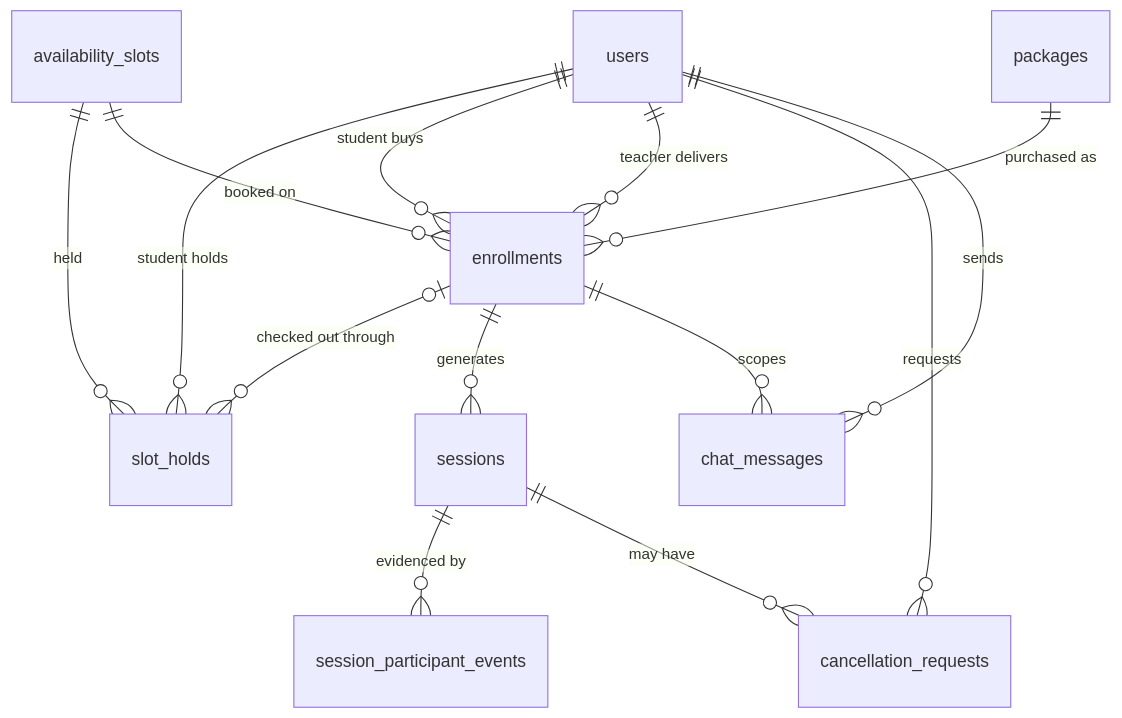
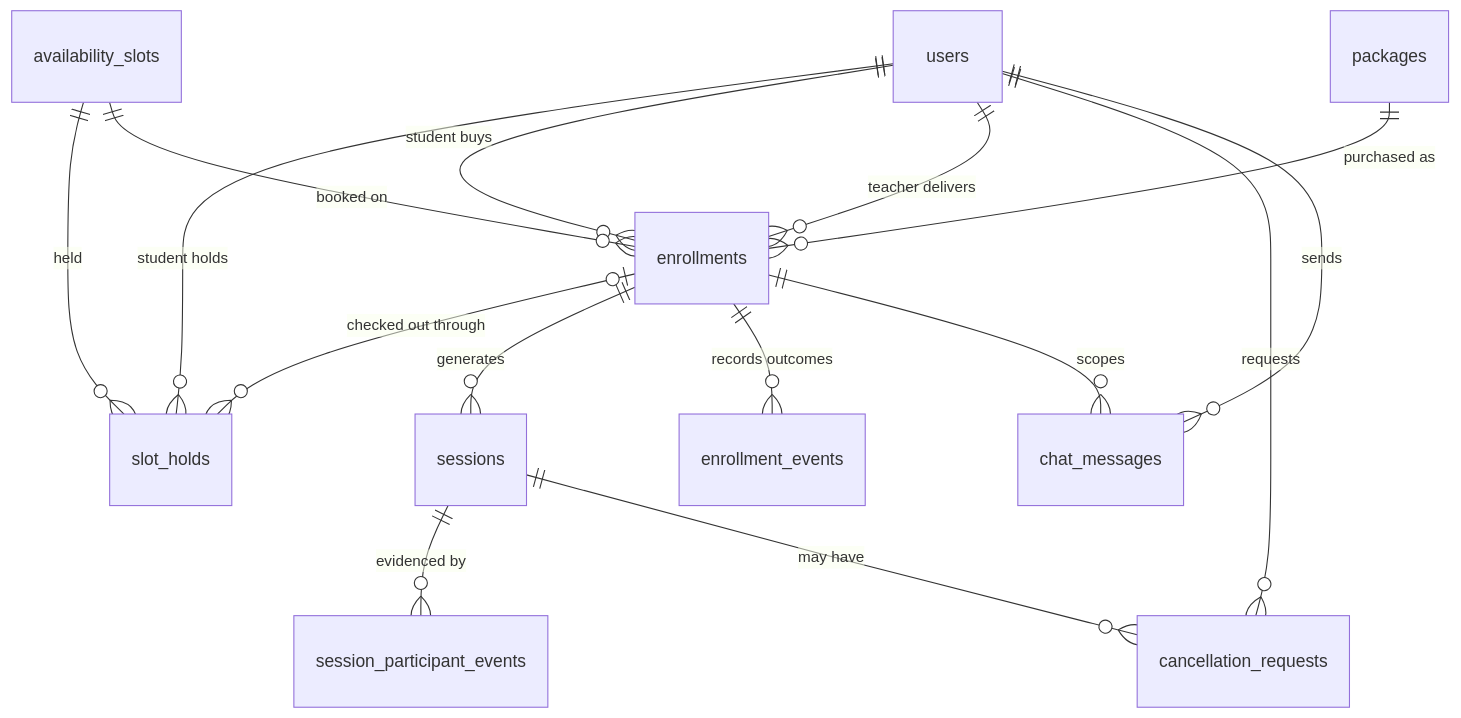
The second of 4 diagrams in docs/ERD.md (SaifElsayed/Ejazah), drawn with Mermaid before and after one commit. The commit also changed other lines of this file and 25 other files, not shown here.

````diff
--- a/docs/ERD.md
+++ b/docs/ERD.md
@@ -748,16 +769,17 @@
 ```mermaid
 erDiagram
     users ||--o{ slot_holds : "student holds"
     availability_slots ||--o{ slot_holds : "held"
     enrollments |o--o{ slot_holds : "checked out through"
     users ||--o{ enrollments : "student buys"
     users ||--o{ enrollments : "teacher delivers"
     packages ||--o{ enrollments : "purchased as"
     availability_slots ||--o{ enrollments : "booked on"
     enrollments ||--o{ sessions : "generates"
+    enrollments ||--o{ enrollment_events : "records outcomes"
     sessions ||--o{ session_participant_events : "evidenced by"
     sessions ||--o{ cancellation_requests : "may have"
     users ||--o{ cancellation_requests : "requests"
     enrollments ||--o{ chat_messages : "scopes"
     users ||--o{ chat_messages : "sends"
 ```
````
